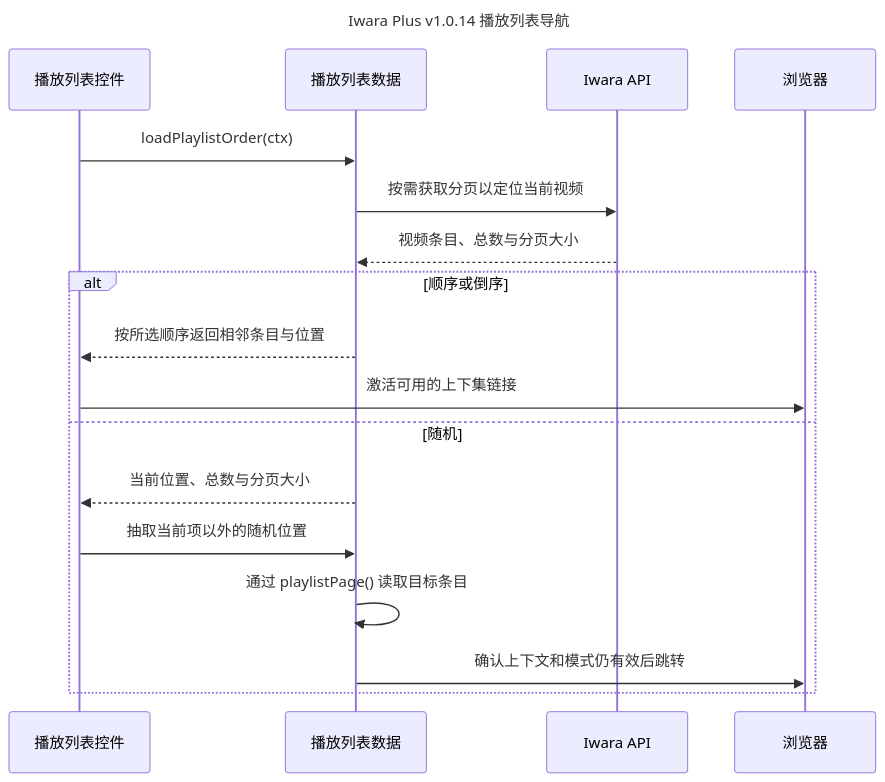
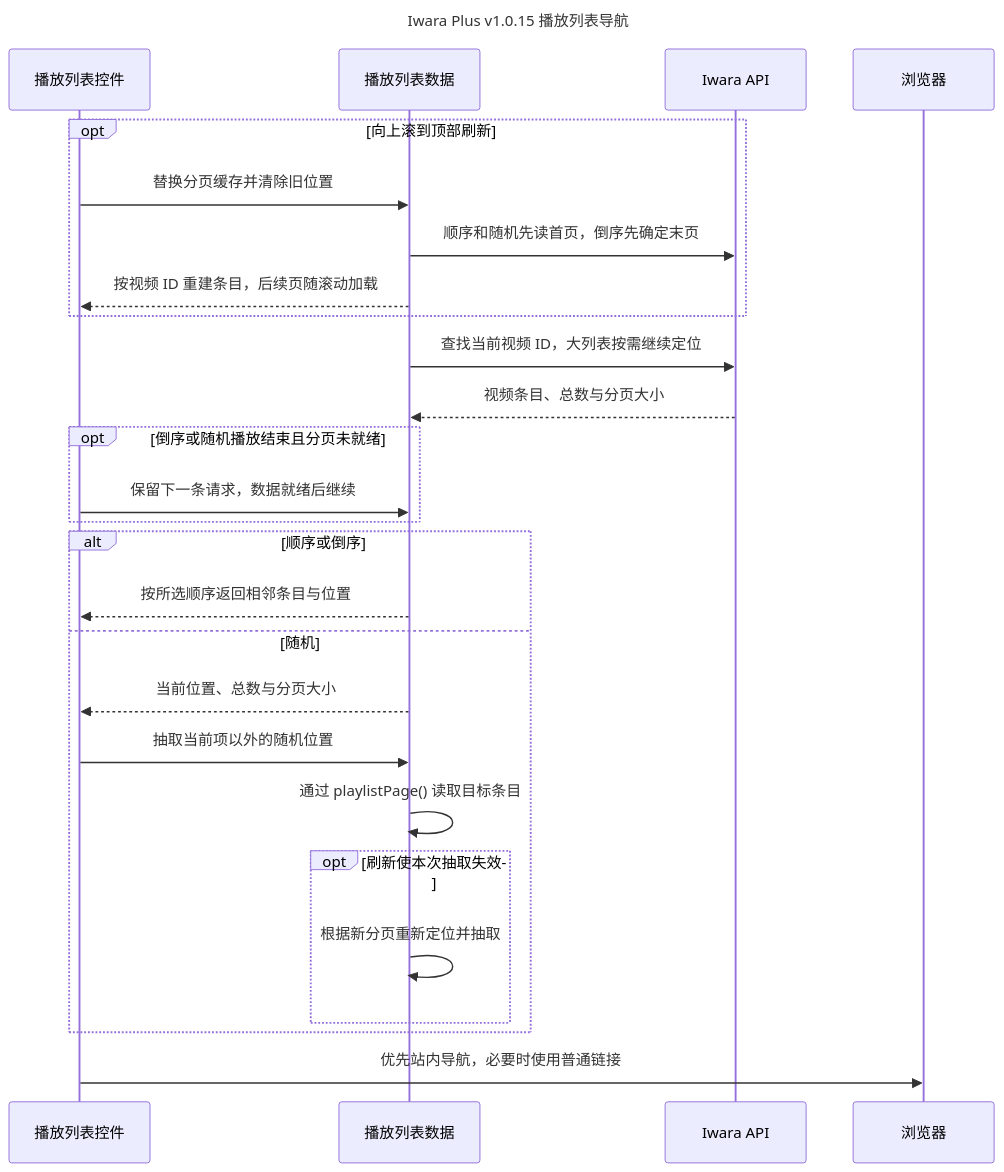
Before and after one commit to lhYanghc/iwara-plus: the fifth of 6 diagrams in docs/architecture.zh-CN.md, drawn with Mermaid. The commit also changed other lines of this file and 7 other files, not shown here.

````diff
--- a/docs/architecture.zh-CN.md
+++ b/docs/architecture.zh-CN.md
@@ -154,22 +157,31 @@
 ```mermaid
 ---
-title: Iwara Plus v1.0.14 播放列表导航
+title: Iwara Plus v1.0.15 播放列表导航
 ---
 sequenceDiagram
     participant C as 播放列表控件
     participant Q as 播放列表数据
     participant A as Iwara API
     participant B as 浏览器
-    C->>Q: loadPlaylistOrder(ctx)
-    Q->>A: 按需获取分页以定位当前视频
+    opt 向上滚到顶部刷新
+        C->>Q: 替换分页缓存并清除旧位置
+        Q->>A: 顺序和随机先读首页，倒序先确定末页
+        Q-->>C: 按视频 ID 重建条目，后续页随滚动加载
+    end
+    Q->>A: 查找当前视频 ID，大列表按需继续定位
     A-->>Q: 视频条目、总数与分页大小
+    opt 倒序或随机播放结束且分页未就绪
+        C->>Q: 保留下一条请求，数据就绪后继续
+    end
     alt 顺序或倒序
         Q-->>C: 按所选顺序返回相邻条目与位置
-        C->>B: 激活可用的上下集链接
     else 随机
         Q-->>C: 当前位置、总数与分页大小
         C->>Q: 抽取当前项以外的随机位置
         Q->>Q: 通过 playlistPage() 读取目标条目
-        Q->>B: 确认上下文和模式仍有效后跳转
+        opt 刷新使本次抽取失效
+            Q->>Q: 根据新分页重新定位并抽取
+        end
     end
+    C->>B: 优先站内导航，必要时使用普通链接
 ```
````
